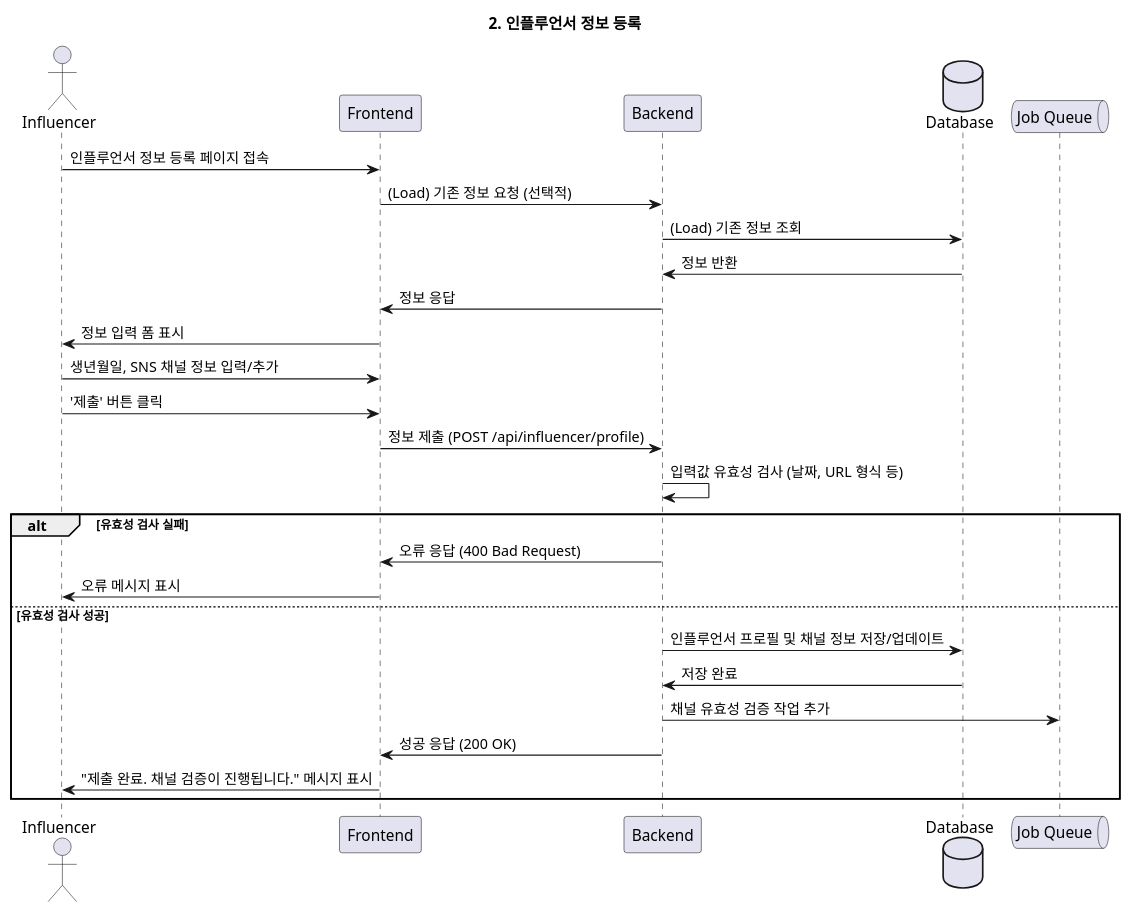
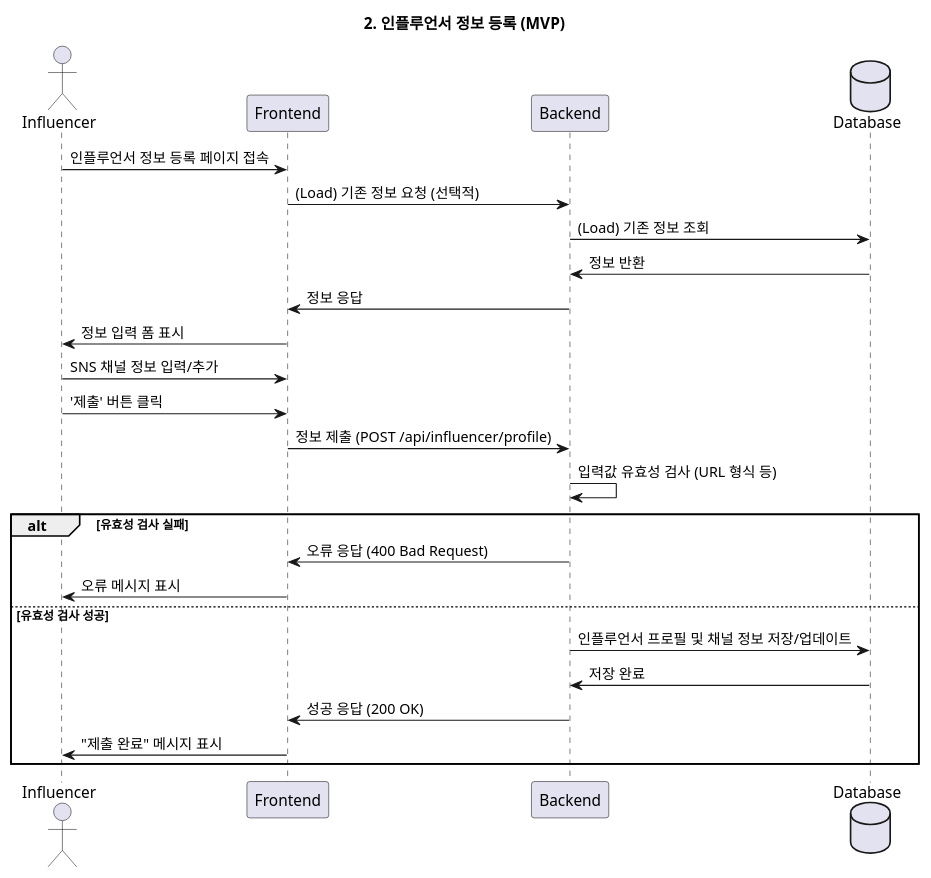
One commit to YeoulHi/Vibe_Mafia_w1_blog_platform changed the diagram in docs/002/spec.md. Above: the diagram before and after it, drawn with PlantUML. The commit also changed other lines of this file and 22 other files, not shown here.

````diff
--- a/docs/002/spec.md
+++ b/docs/002/spec.md
@@ -42,35 +37,33 @@
 ```plantuml
 @startuml
-title 2. 인플루언서 정보 등록
+title 2. 인플루언서 정보 등록 (MVP)
 
 actor User as "Influencer"
 participant FE as "Frontend"
 participant BE as "Backend"
 database DB as "Database"
-queue JobQueue as "Job Queue"
 
 User -> FE: 인플루언서 정보 등록 페이지 접속
 FE -> BE: (Load) 기존 정보 요청 (선택적)
 BE -> DB: (Load) 기존 정보 조회
 DB -> BE: 정보 반환
 BE -> FE: 정보 응답
 FE -> User: 정보 입력 폼 표시
 
-User -> FE: 생년월일, SNS 채널 정보 입력/추가
+User -> FE: SNS 채널 정보 입력/추가
 User -> FE: '제출' 버튼 클릭
 
 FE -> BE: 정보 제출 (POST /api/influencer/profile)
-BE -> BE: 입력값 유효성 검사 (날짜, URL 형식 등)
+BE -> BE: 입력값 유효성 검사 (URL 형식 등)
 alt 유효성 검사 실패
     BE -> FE: 오류 응답 (400 Bad Request)
     FE -> User: 오류 메시지 표시
 else 유효성 검사 성공
     BE -> DB: 인플루언서 프로필 및 채널 정보 저장/업데이트
     DB -> BE: 저장 완료
-    BE -> JobQueue: 채널 유효성 검증 작업 추가
     BE -> FE: 성공 응답 (200 OK)
-    FE -> User: "제출 완료. 채널 검증이 진행됩니다." 메시지 표시
+    FE -> User: "제출 완료" 메시지 표시
 end
 
 @enduml
 ```
````
